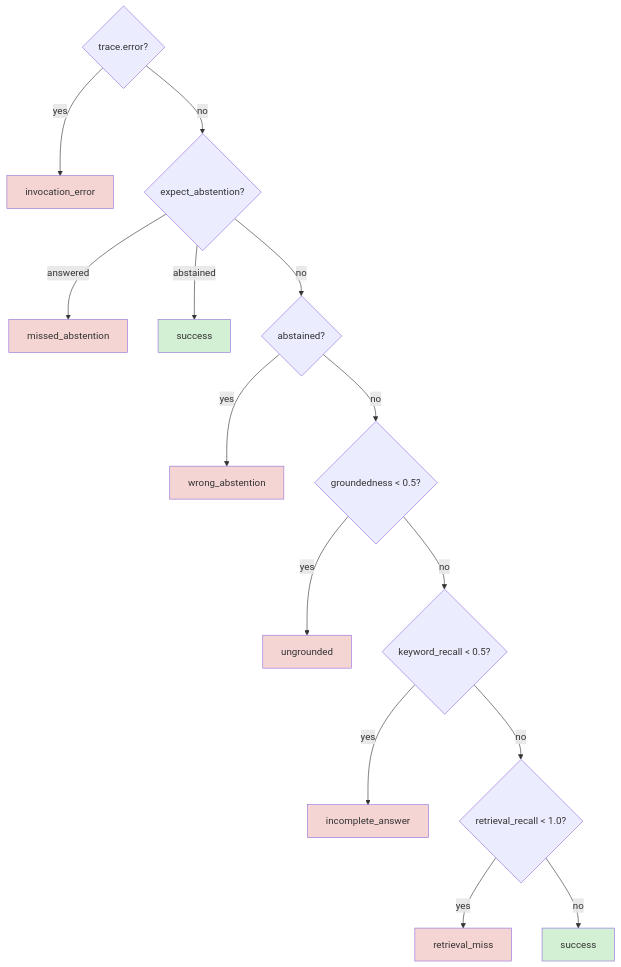
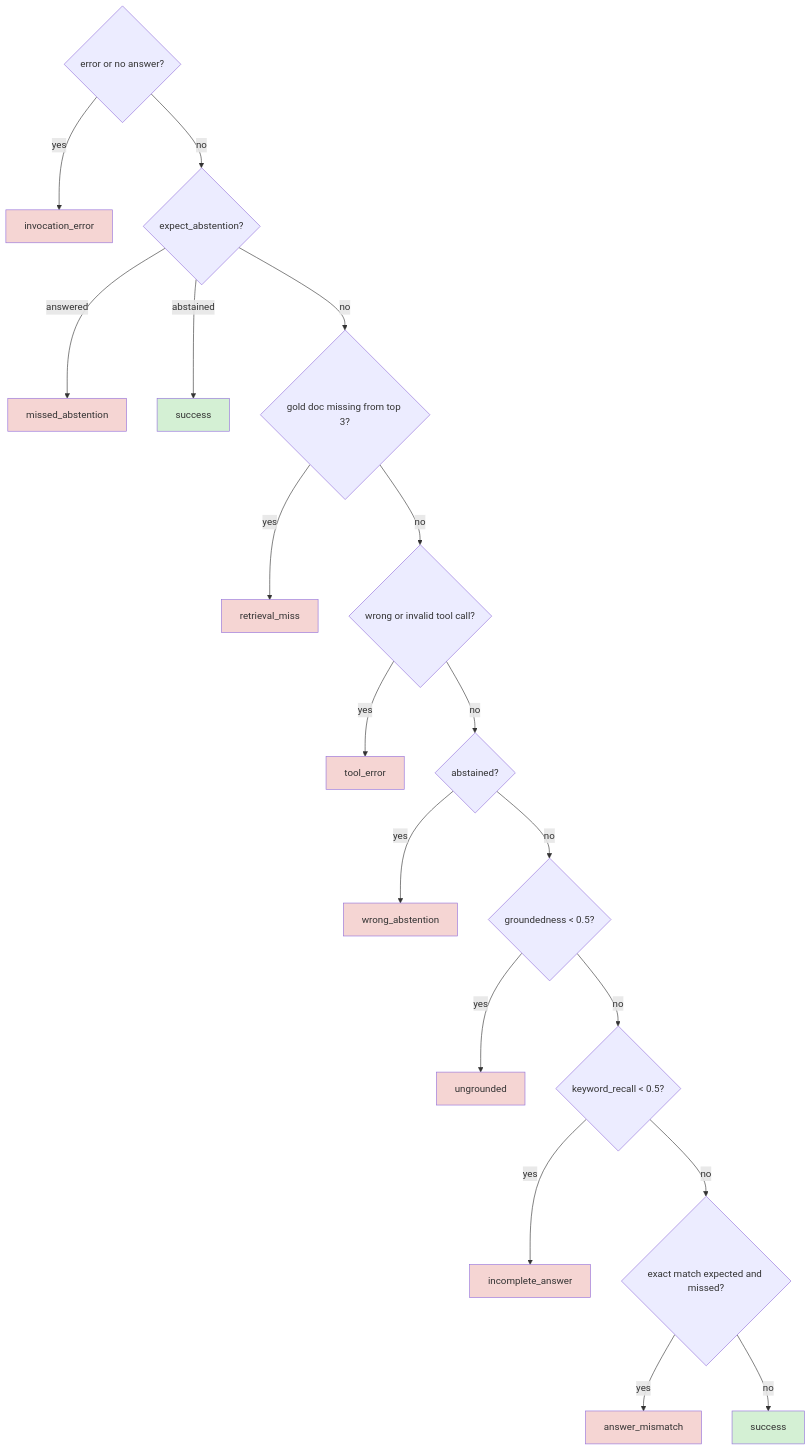
The fourth of 4 diagrams in README.md (vaibhav3000/aire), drawn with Mermaid before and after one commit. The commit also changed other lines of this file and 2 other files, not shown here.

````diff
--- a/README.md
+++ b/README.md
@@ -139,24 +139,30 @@
 ```mermaid
 flowchart TD
-    err{"trace.error?"} -->|"yes"| INV["invocation_error"]
+    err{"error or no answer?"} -->|"yes"| INV["invocation_error"]
     err -->|"no"| abs{"expect_abstention?"}
     abs -->|"answered"| MISS["missed_abstention"]
     abs -->|"abstained"| OK["success"]
-    abs -->|"no"| ab{"abstained?"}
+    abs -->|"no"| ret{"gold doc missing from top 3?"}
+    ret -->|"yes"| RM["retrieval_miss"]
+    ret -->|"no"| tool{"wrong or invalid tool call?"}
+    tool -->|"yes"| TE["tool_error"]
+    tool -->|"no"| ab{"abstained?"}
     ab -->|"yes"| WRONG["wrong_abstention"]
     ab -->|"no"| gr{"groundedness < 0.5?"}
     gr -->|"yes"| UNG["ungrounded"]
     gr -->|"no"| kr{"keyword_recall < 0.5?"}
     kr -->|"yes"| INC["incomplete_answer"]
-    kr -->|"no"| ret{"retrieval_recall < 1.0?"}
-    ret -->|"yes"| RM["retrieval_miss"]
-    ret -->|"no"| GOOD["success"]
+    kr -->|"no"| em{"exact match expected and missed?"}
+    em -->|"yes"| AM["answer_mismatch"]
+    em -->|"no"| GOOD["success"]
     style INV fill:#f5d5d3
     style MISS fill:#f5d5d3
+    style RM fill:#f5d5d3
+    style TE fill:#f5d5d3
     style WRONG fill:#f5d5d3
     style UNG fill:#f5d5d3
     style INC fill:#f5d5d3
-    style RM fill:#f5d5d3
+    style AM fill:#f5d5d3
     style OK fill:#d4f0d4
     style GOOD fill:#d4f0d4
 ```
````
